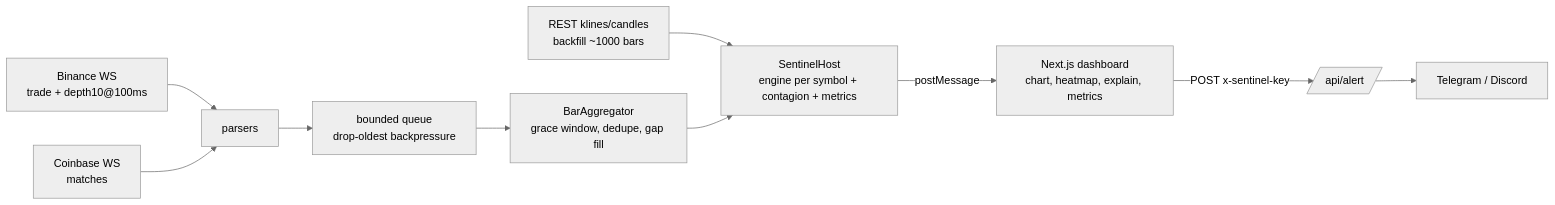
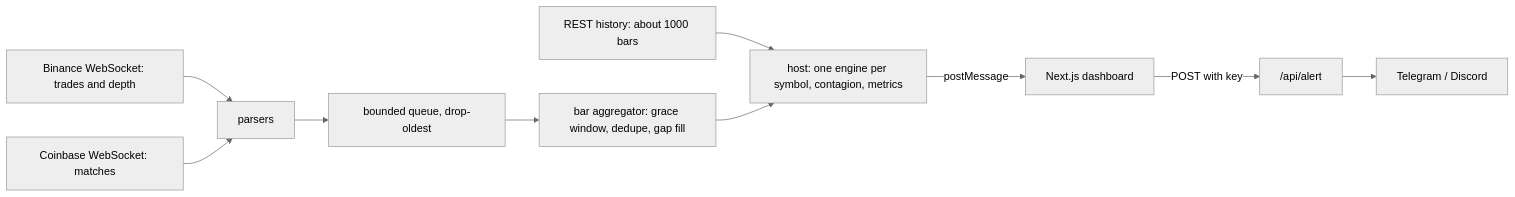
The diagram in README.md (nathencoelhoo/sentinel), drawn with Mermaid (neutral theme) before and after one commit. The commit also changed other lines of this file, not shown here.

````diff
--- a/README.md
+++ b/README.md
@@ -36,11 +28,11 @@
 ```mermaid
 flowchart LR
-  WS1[Binance WS<br/>trade + depth10@100ms] --> P[parsers]
-  WS2[Coinbase WS<br/>matches] --> P
-  REST[REST klines/candles<br/>backfill ~1000 bars] --> H
-  P --> Q[bounded queue<br/>drop-oldest backpressure]
-  Q --> A[BarAggregator<br/>grace window, dedupe, gap fill]
-  A --> H[SentinelHost<br/>engine per symbol + contagion + metrics]
-  H -->|postMessage| UI[Next.js dashboard<br/>chart, heatmap, explain, metrics]
-  UI -->|POST x-sentinel-key| API[/api/alert/] --> TG[Telegram / Discord]
+  WS1["Binance WebSocket: trades and depth"] --> P["parsers"]
+  WS2["Coinbase WebSocket: matches"] --> P
+  REST["REST history: about 1000 bars"] --> H
+  P --> Q["bounded queue, drop-oldest"]
+  Q --> A["bar aggregator: grace window, dedupe, gap fill"]
+  A --> H["host: one engine per symbol, contagion, metrics"]
+  H -->|postMessage| UI["Next.js dashboard"]
+  UI -->|"POST with key"| API["/api/alert"] --> TG["Telegram / Discord"]
 ```
````
